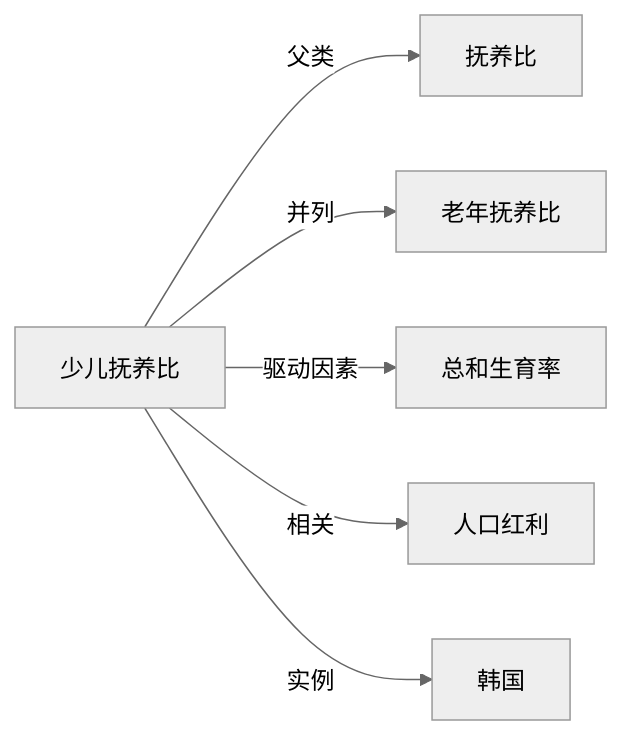
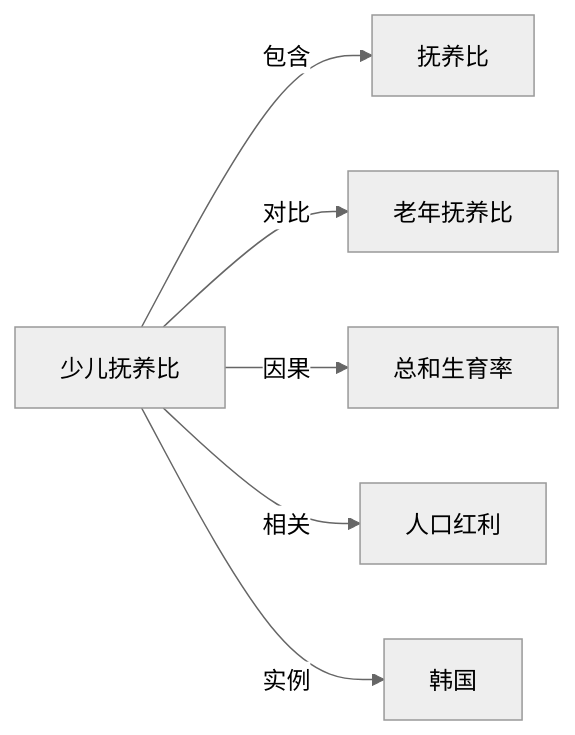
One commit to KIMMCHOW/MyKnowledge changed the diagram in Knowledge/Concepts/人口学/少儿抚养比.md. Above: the diagram before and after it, drawn with Mermaid (neutral theme). The commit also changed 95 other files, not shown here.

Commit message:
reorganize: 统一关系图边标签为11类

````diff
--- a/Knowledge/Concepts/人口学/少儿抚养比.md
+++ b/Knowledge/Concepts/人口学/少儿抚养比.md
@@ -42,8 +42,8 @@
 ```mermaid
 graph LR
-    少儿抚养比 -->|父类| 抚养比
-    少儿抚养比 -->|并列| 老年抚养比
-    少儿抚养比 -->|驱动因素| 总和生育率
+    少儿抚养比 -->|包含| 抚养比
+    少儿抚养比 -->|对比| 老年抚养比
+    少儿抚养比 -->|因果| 总和生育率
     少儿抚养比 -->|相关| 人口红利
     少儿抚养比 -->|实例| 韩国
 ```
````
